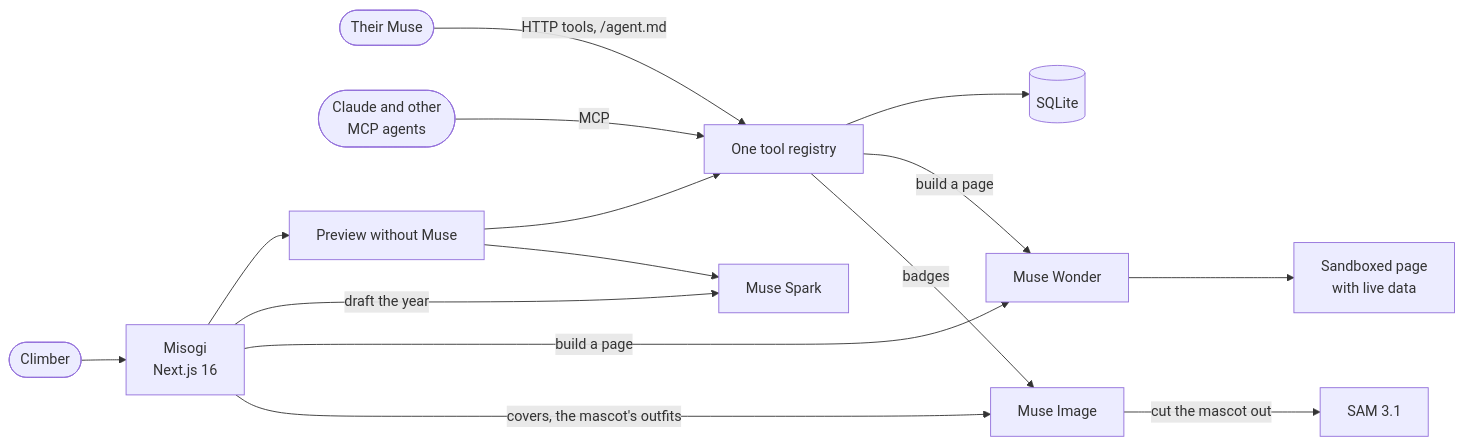
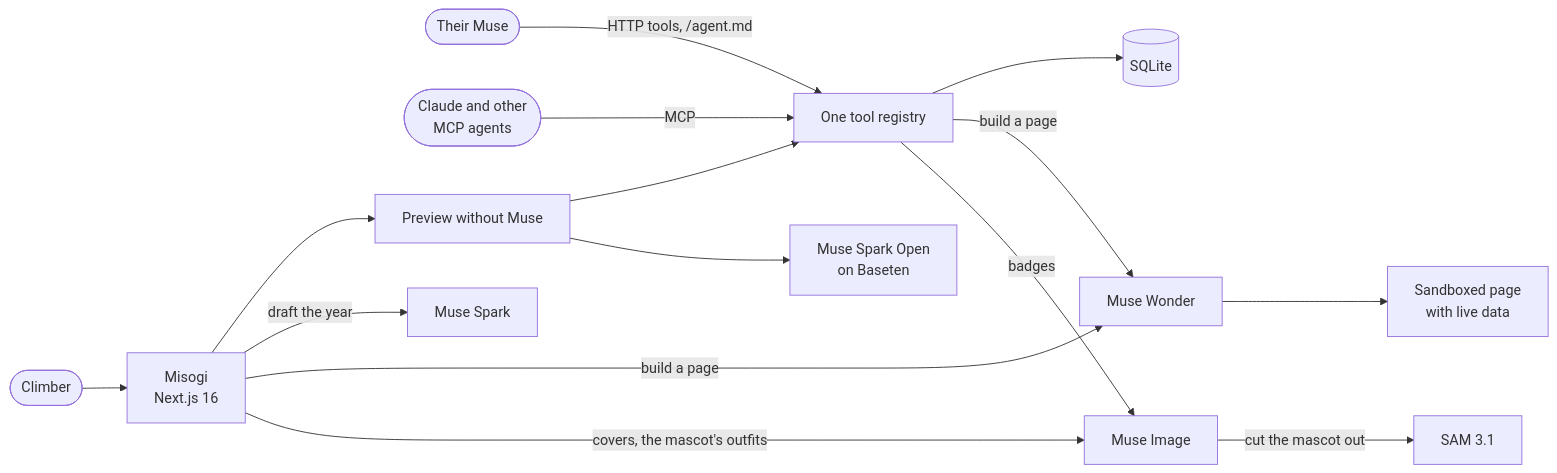
The diagram in README.md (markmdev/misogi), drawn with Mermaid before and after one commit. The commit also changed other lines of this file and 2 other files, not shown here.

Commit message:
The coach on the site runs on Muse Spark Open

````diff
--- a/README.md
+++ b/README.md
@@ -49,16 +50,16 @@
 ```mermaid
 flowchart LR
   person([Climber]) --> web[Misogi<br/>Next.js 16]
   muse([Their Muse]) -->|HTTP tools, /agent.md| tools
   mcp([Claude and other<br/>MCP agents]) -->|MCP| tools
   web --> virgil[Preview without Muse] --> tools[One tool registry]
   tools --> db[(SQLite)]
   web -->|draft the year| spark[Muse Spark]
-  virgil --> spark
+  virgil --> open[Muse Spark Open<br/>on Baseten]
   web -->|build a page| wonder[Muse Wonder]
   tools -->|build a page| wonder
   wonder --> frame[Sandboxed page<br/>with live data]
   web -->|covers, the mascot's outfits| image[Muse Image]
   image -->|cut the mascot out| sam[SAM 3.1]
   tools -->|badges| image
 ```
````
